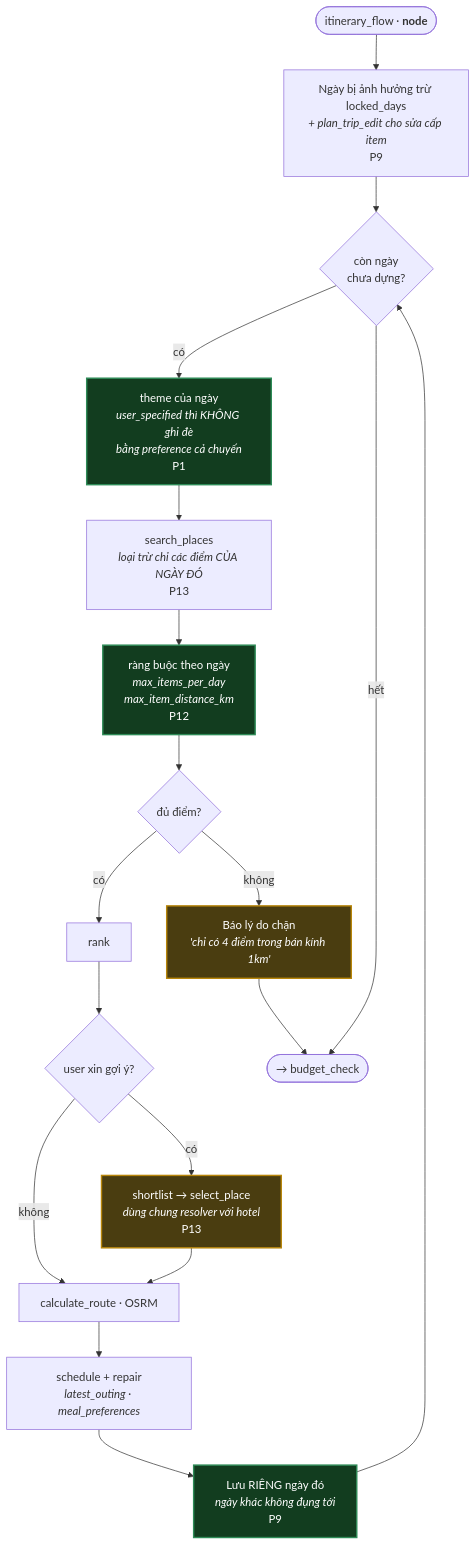
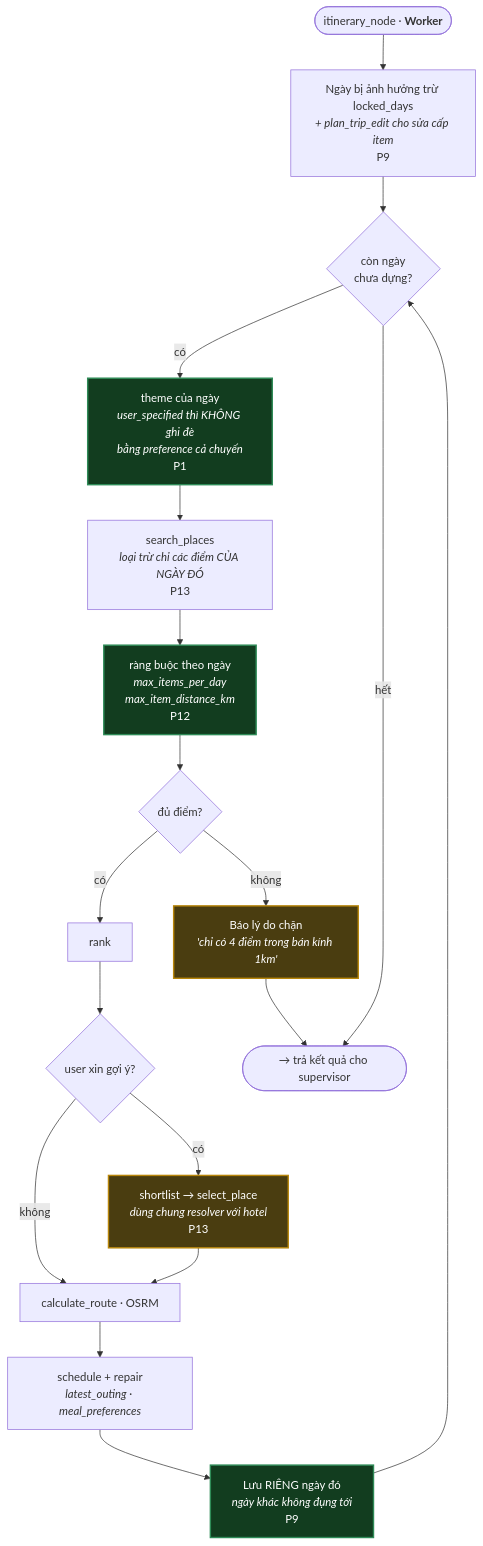
The fifth of 7 diagrams in plans/260812-0927-langgraph-orchestration-state-patch-and-interrupts/target-architecture.md (0infinitive0/VSF-Intern-project), drawn with Mermaid before and after one commit. The commit also changed other lines of this file and 8 other files, not shown here.

Commit message:
Refactor orchestration architecture: replace flow nodes with dedicated worker nodes

````diff
--- a/plans/260812-0927-langgraph-orchestration-state-patch-and-interrupts/target-architecture.md
+++ b/plans/260812-0927-langgraph-orchestration-state-patch-and-interrupts/target-architecture.md
@@ -103,33 +401,33 @@
 ```mermaid
 flowchart TD
-    IN(["itinerary_flow · <b>node</b>"]) --> DAYS["Ngày bị ảnh hưởng trừ locked_days<br/><i>+ plan_trip_edit cho sửa cấp item</i><br/>P9"]
+    IN(["itinerary_node · <b>Worker</b>"]) --> DAYS["Ngày bị ảnh hưởng trừ locked_days<br/><i>+ plan_trip_edit cho sửa cấp item</i><br/>P9"]
 
     DAYS --> LOOP{"còn ngày<br/>chưa dựng?"}
 
     LOOP -->|có| THEME["theme của ngày<br/><i>user_specified thì KHÔNG ghi đè<br/>bằng preference cả chuyến</i><br/>P1"]
 
     THEME --> SEARCH["search_places<br/><i>loại trừ chỉ các điểm CỦA NGÀY ĐÓ</i><br/>P13"]
 
     SEARCH --> CONS["ràng buộc theo ngày<br/><i>max_items_per_day<br/>max_item_distance_km</i><br/>P12"]
 
     CONS --> FEW{"đủ điểm?"}
     FEW -->|không| SAY["Báo lý do chặn<br/><i>'chỉ có 4 điểm trong bán kính 1km'</i>"]
     FEW -->|có| RANKP["rank"]
 
     RANKP --> SUGGEST{"user xin gợi ý?"}
     SUGGEST -->|có| SHORT["shortlist → select_place<br/><i>dùng chung resolver với hotel</i><br/>P13"]
     SUGGEST -->|không| ROUTE["calculate_route · OSRM"]
 
     SHORT --> ROUTE
     ROUTE --> SCHED["schedule + repair<br/><i>latest_outing · meal_preferences</i>"]
     SCHED --> SAVEDAY["Lưu RIÊNG ngày đó<br/><i>ngày khác không đụng tới</i><br/>P9"]
 
     SAVEDAY --> LOOP
     SAY --> OUT
-    LOOP -->|hết| OUT(["→ budget_check"])
+    LOOP -->|hết| OUT(["→ trả kết quả cho supervisor"])
 
     class SAY,SHORT ask
     class SAVEDAY,CONS,THEME key
     classDef ask fill:#4a3d10,stroke:#b8860b,stroke-width:2px,color:#fff
     classDef key fill:#123d1f,stroke:#2e8b57,stroke-width:2px,color:#fff
 ```
````
